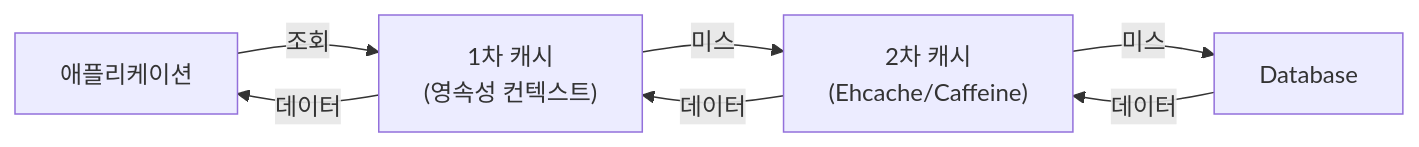
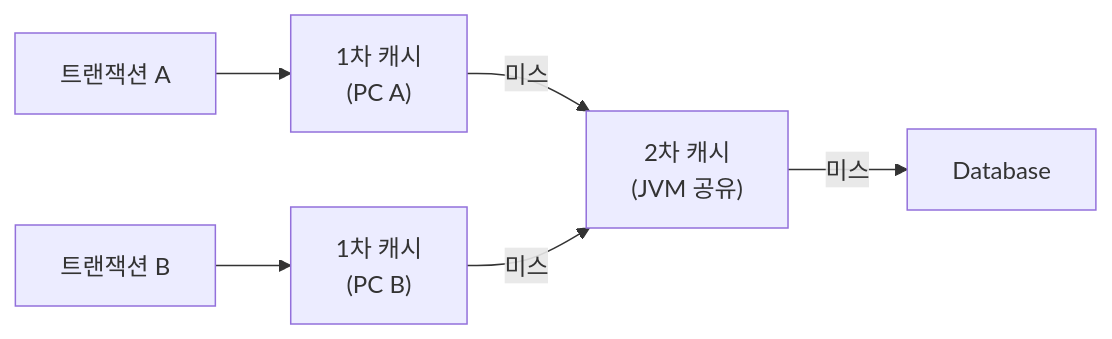
The third of 4 diagrams in _posts/jpa/2026-05-12-jpa-performance.md (yjkim2015/yjkim2015.github.io), drawn with Mermaid before and after one commit. The commit also changed other lines of this file and 4 other files, not shown here.

````diff
--- a/_posts/jpa/2026-05-12-jpa-performance.md
+++ b/_posts/jpa/2026-05-12-jpa-performance.md
@@ -499,9 +499,8 @@
 ```mermaid
 graph LR
-    App["애플리케이션"] -->|조회| L1["1차 캐시\n(영속성 컨텍스트)"]
-    L1 -->|미스| L2["2차 캐시\n(Ehcache/Caffeine)"]
+    TX1["트랜잭션 A"] --> L1A["1차 캐시\n(PC A)"]
+    TX2["트랜잭션 B"] --> L1B["1차 캐시\n(PC B)"]
+    L1A -->|미스| L2["2차 캐시\n(JVM 공유)"]
+    L1B -->|미스| L2
     L2 -->|미스| DB["Database"]
-    DB -->|데이터| L2
-    L2 -->|데이터| L1
-    L1 -->|데이터| App
 ```
````
